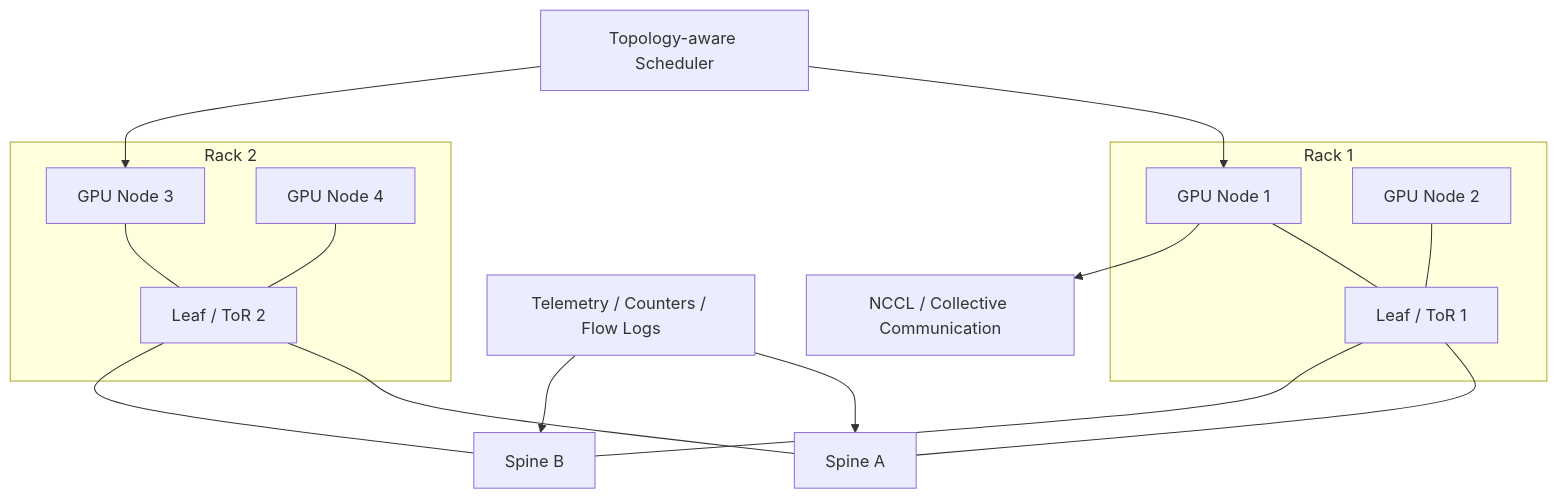
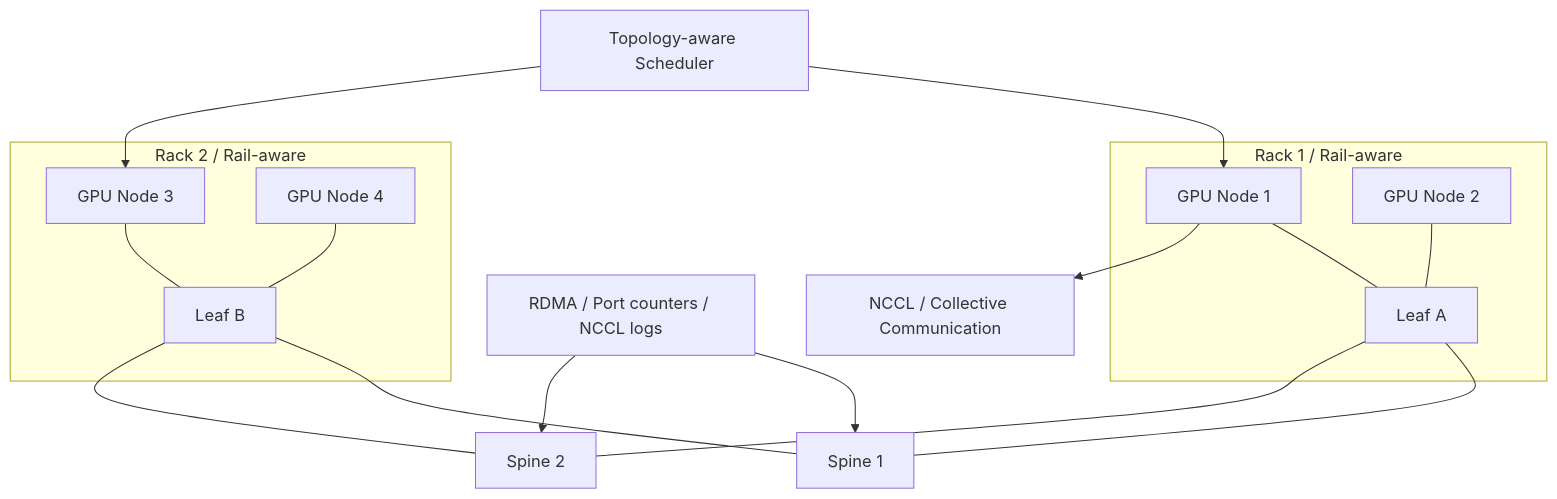
Before and after one commit to ikingye/ai-factory-engineering: the diagram in docs/part-07-network-storage/chapter-32-scale-out-networking.md, drawn with Mermaid. The commit also changed other lines of this file and 3 other files, not shown here.

````diff
--- a/docs/part-07-network-storage/chapter-32-scale-out-networking.md
+++ b/docs/part-07-network-storage/chapter-32-scale-out-networking.md
@@ -23,23 +47,20 @@
 ```mermaid
 flowchart TB
-  subgraph Rack1["Rack 1"]
-    N1["GPU Node 1"] --- L1["Leaf / ToR 1"]
+  subgraph Rack1["Rack 1 / Rail-aware"]
+    N1["GPU Node 1"] --- L1["Leaf A"]
     N2["GPU Node 2"] --- L1
   end
-
-  subgraph Rack2["Rack 2"]
-    N3["GPU Node 3"] --- L2["Leaf / ToR 2"]
+  subgraph Rack2["Rack 2 / Rail-aware"]
+    N3["GPU Node 3"] --- L2["Leaf B"]
     N4["GPU Node 4"] --- L2
   end
-
-  L1 --- S1["Spine A"]
-  L1 --- S2["Spine B"]
+  L1 --- S1["Spine 1"]
+  L1 --- S2["Spine 2"]
   L2 --- S1
   L2 --- S2
-
   N1 --> NCCL["NCCL / Collective Communication"]
   Scheduler["Topology-aware Scheduler"] --> N1
   Scheduler --> N3
-  Telemetry["Telemetry / Counters / Flow Logs"] --> S1
+  Telemetry["RDMA / Port counters / NCCL logs"] --> S1
   Telemetry --> S2
 ```
````
